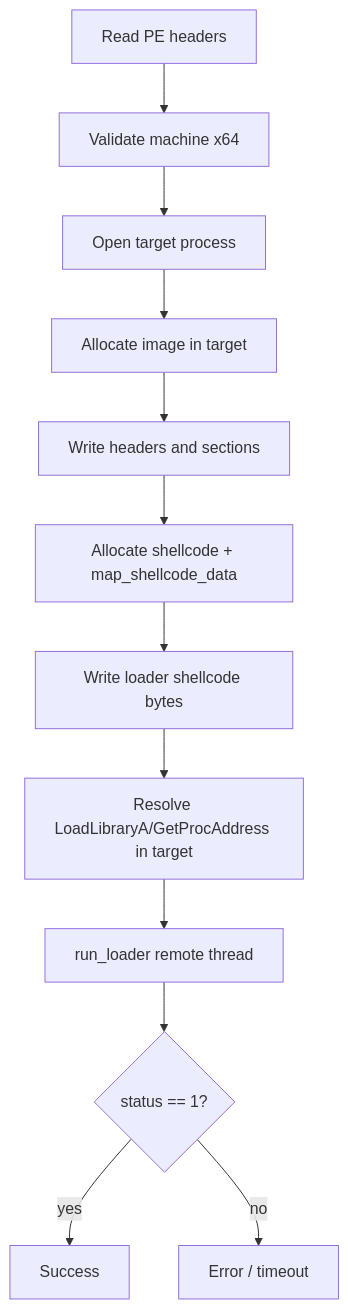
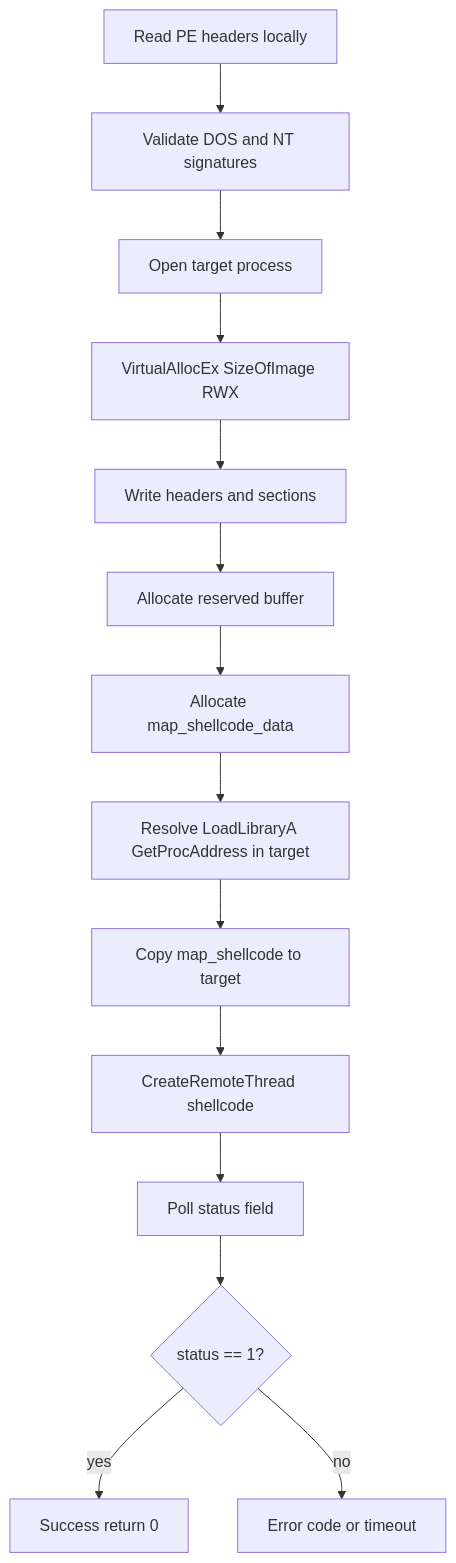
Before and after one commit to LucasZhang3/ManualMapper: the first of 2 diagrams in docs/manual-map-engine.md, drawn with Mermaid. The commit also changed other lines of this file and 19 other files, not shown here.

````diff
--- a/docs/manual-map-engine.md
+++ b/docs/manual-map-engine.md
@@ -29,14 +37,16 @@
 ```mermaid
 flowchart TD
-    A[Read PE headers] --> B[Validate machine x64]
+    A[Read PE headers locally] --> B[Validate DOS and NT signatures]
     B --> C[Open target process]
-    C --> D[Allocate image in target]
+    C --> D[VirtualAllocEx SizeOfImage RWX]
     D --> E[Write headers and sections]
-    E --> F[Allocate shellcode + map_shellcode_data]
-    F --> G[Write loader shellcode bytes]
-    G --> H[Resolve LoadLibraryA/GetProcAddress in target]
-    H --> I[run_loader remote thread]
-    I --> J{status == 1?}
-    J -->|yes| K[Success]
-    J -->|no| L[Error / timeout]
+    E --> F[Allocate reserved buffer]
+    F --> G[Allocate map_shellcode_data]
+    G --> H[Resolve LoadLibraryA GetProcAddress in target]
+    H --> I[Copy map_shellcode to target]
+    I --> J[CreateRemoteThread shellcode]
+    J --> K[Poll status field]
+    K --> L{status == 1?}
+    L -->|yes| M[Success return 0]
+    L -->|no| N[Error code or timeout]
 ```
````
